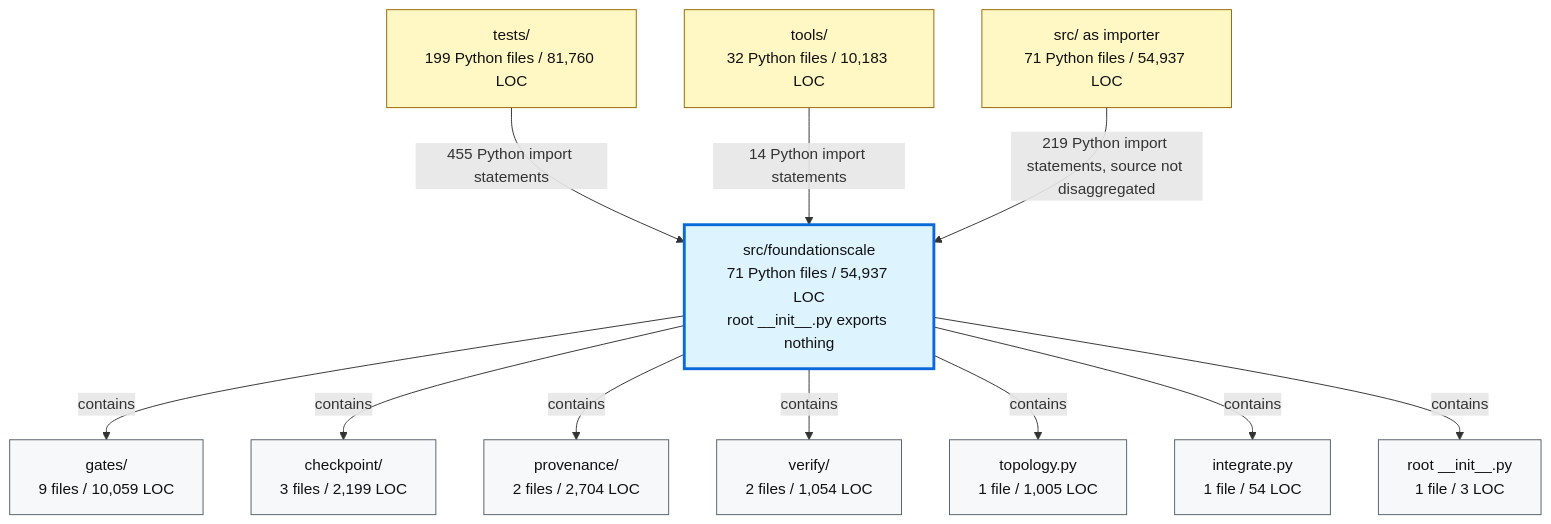
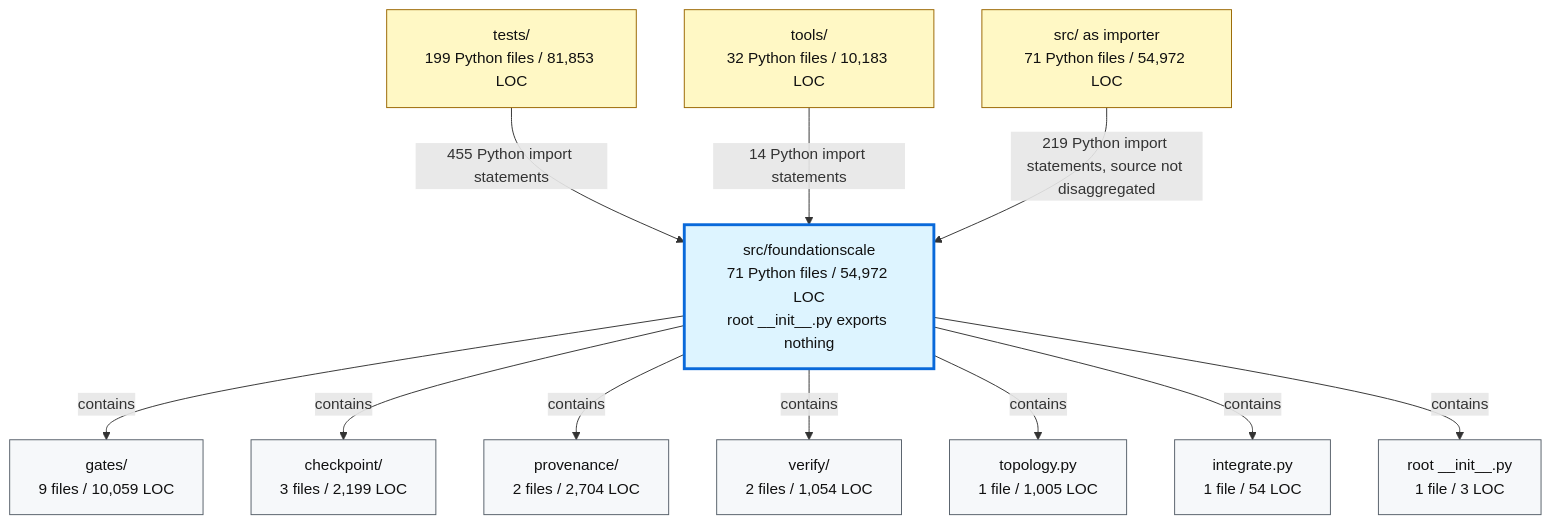
The second of 2 diagrams in docs/review/D2_current_architecture.md (TranNhiem/FoundationScale), drawn with Mermaid before and after one commit. The commit also changed other lines of this file and 14 other files, not shown here.

````diff
--- a/docs/review/D2_current_architecture.md
+++ b/docs/review/D2_current_architecture.md
@@ -97,36 +97,36 @@
 ```mermaid
 flowchart TB
-  TESTS["tests/<br/>199 Python files / 81,760 LOC"]
+  TESTS["tests/<br/>199 Python files / 81,853 LOC"]
   TOOLS["tools/<br/>32 Python files / 10,183 LOC"]
-  SRC["src/ as importer<br/>71 Python files / 54,937 LOC"]
+  SRC["src/ as importer<br/>71 Python files / 54,972 LOC"]
 
-  FS["src/foundationscale<br/>71 Python files / 54,937 LOC<br/>root __init__.py exports nothing"]
+  FS["src/foundationscale<br/>71 Python files / 54,972 LOC<br/>root __init__.py exports nothing"]
 
   GATES["gates/<br/>9 files / 10,059 LOC"]
   CKPT["checkpoint/<br/>3 files / 2,199 LOC"]
   PROV["provenance/<br/>2 files / 2,704 LOC"]
   VERIFY["verify/<br/>2 files / 1,054 LOC"]
   TOPO["topology.py<br/>1 file / 1,005 LOC"]
   INTEG["integrate.py<br/>1 file / 54 LOC"]
   ROOT["root __init__.py<br/>1 file / 3 LOC"]
 
   TESTS -->|"455 Python import statements"| FS
   TOOLS -->|"14 Python import statements"| FS
   SRC -->|"219 Python import statements, source not disaggregated"| FS
 
   FS -->|"contains"| GATES
   FS -->|"contains"| CKPT
   FS -->|"contains"| PROV
   FS -->|"contains"| VERIFY
   FS -->|"contains"| TOPO
   FS -->|"contains"| INTEG
   FS -->|"contains"| ROOT
 
   classDef consumer fill:#fff8c5,stroke:#9a6700,color:#111;
   classDef package fill:#ddf4ff,stroke:#0969da,stroke-width:3px,color:#111;
   classDef module fill:#f6f8fa,stroke:#57606a,color:#111;
 
   class TESTS,TOOLS,SRC consumer;
   class FS package;
   class GATES,CKPT,PROV,VERIFY,TOPO,INTEG,ROOT module;
 ```
````
